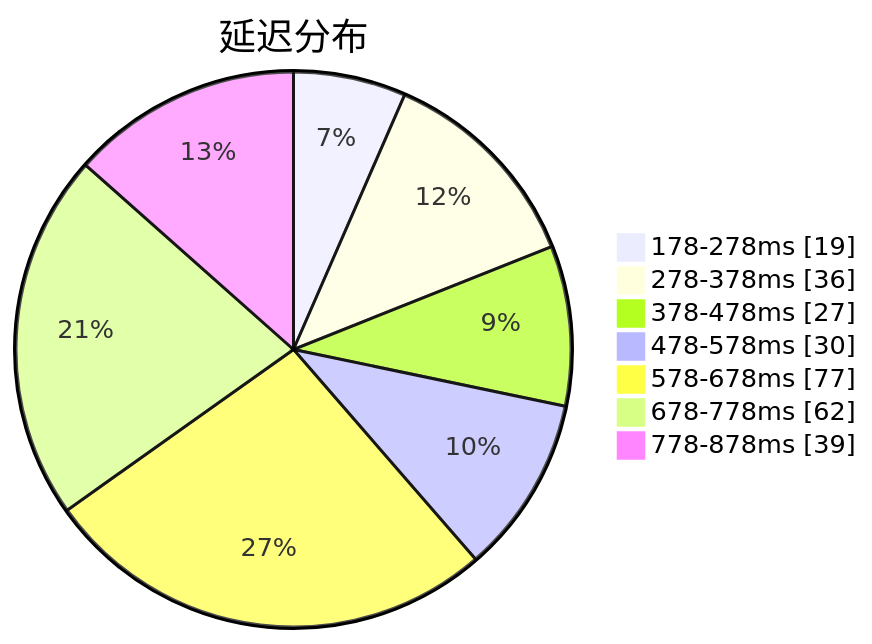
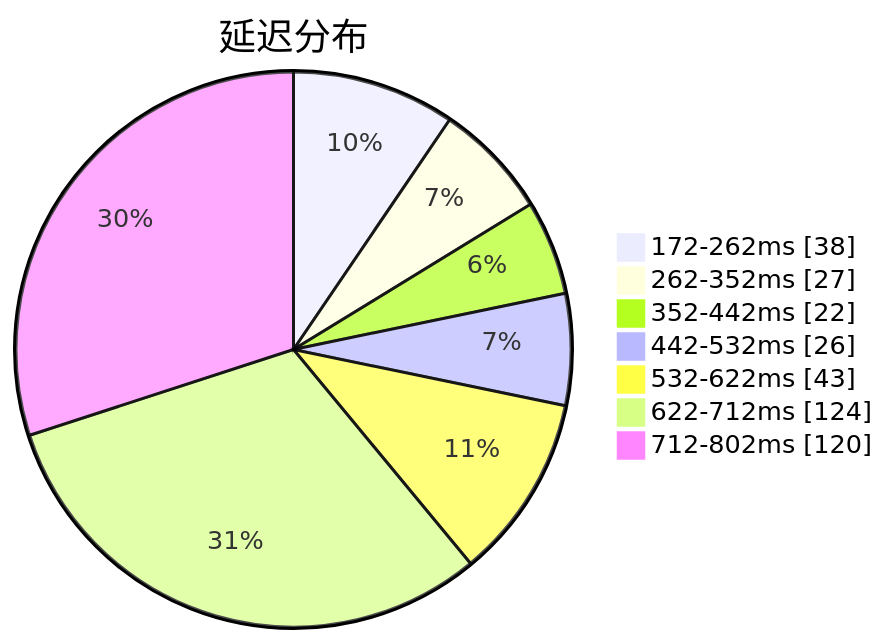
Before and after one commit to qjlxg/airport: the first of 3 diagrams in subs/statistics/tested_within.md, drawn with Mermaid. The commit also changed other lines of this file and 2 other files, not shown here.

Commit message:
Tested by metaST

````diff
--- a/subs/statistics/tested_within.md
+++ b/subs/statistics/tested_within.md
@@ -2,11 +2,11 @@
 ```mermaid
 pie showData
 title 延迟分布
-"178-278ms" : 19
-"278-378ms" : 36
-"378-478ms" : 27
-"478-578ms" : 30
-"578-678ms" : 77
-"678-778ms" : 62
-"778-878ms" : 39
+"172-262ms" : 38
+"262-352ms" : 27
+"352-442ms" : 22
+"442-532ms" : 26
+"532-622ms" : 43
+"622-712ms" : 124
+"712-802ms" : 120
 ```
````
